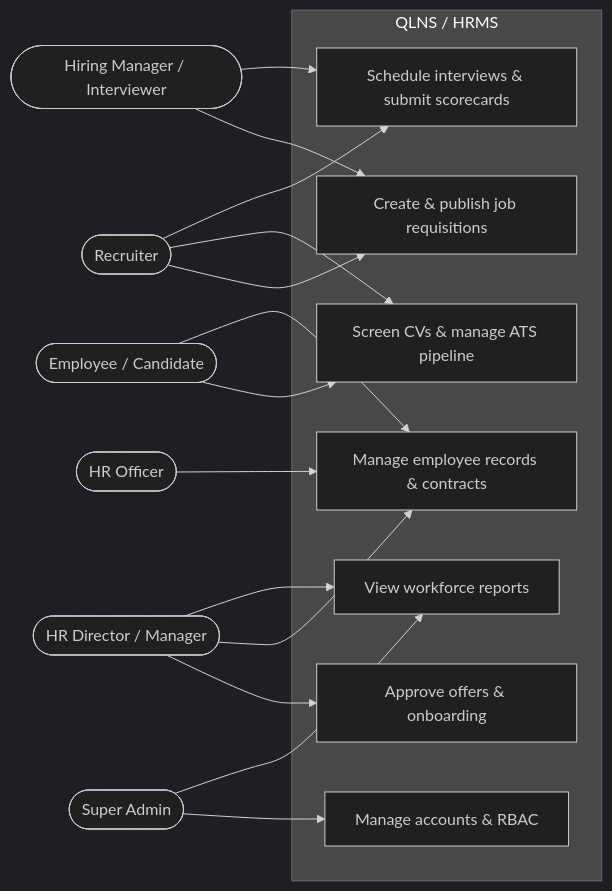
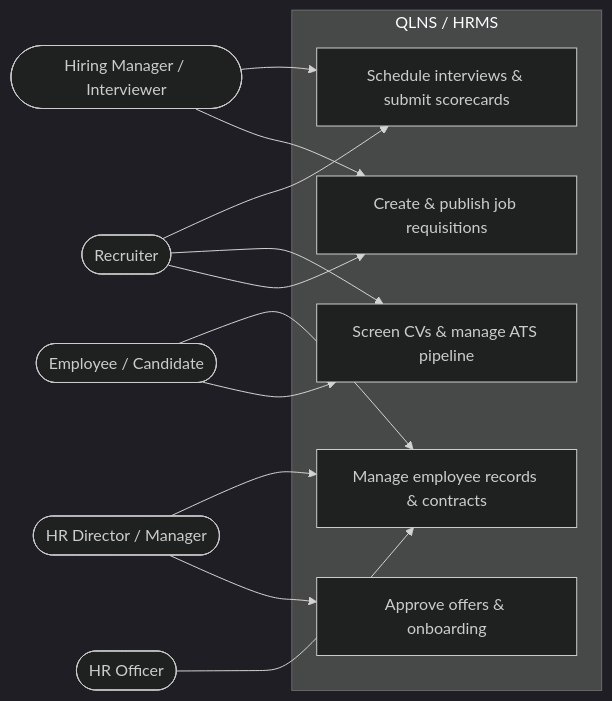
One commit to nvdat16/QLNS changed the second of 8 diagrams in README.md. Above: the diagram before and after it, drawn with Mermaid (dark theme). The commit also changed other lines of this file and 15 other files, not shown here.

````diff
--- a/README.md
+++ b/README.md
@@ -120,33 +177,27 @@
 ```mermaid
 flowchart LR
-    Admin([Super Admin])
     HRMgr([HR Director / Manager])
     Recruiter([Recruiter])
     Interviewer([Hiring Manager / Interviewer])
     HROfficer([HR Officer])
     User([Employee / Candidate])
 
     subgraph HRMS["QLNS / HRMS"]
         Jobs[Create & publish job requisitions]
         ATS[Screen CVs & manage ATS pipeline]
         Interviews[Schedule interviews & submit scorecards]
         Offers[Approve offers & onboarding]
         Records[Manage employee records & contracts]
-        Reports[View workforce reports]
-        Access[Manage accounts & RBAC]
     end
 
     Recruiter --> Jobs
     Recruiter --> ATS
     Recruiter --> Interviews
     Interviewer --> Jobs
     Interviewer --> Interviews
     HRMgr --> Offers
     HRMgr --> Records
-    HRMgr --> Reports
     HROfficer --> Records
     User --> ATS
     User --> Records
-    Admin --> Access
-    Admin --> Reports
 ```
````
